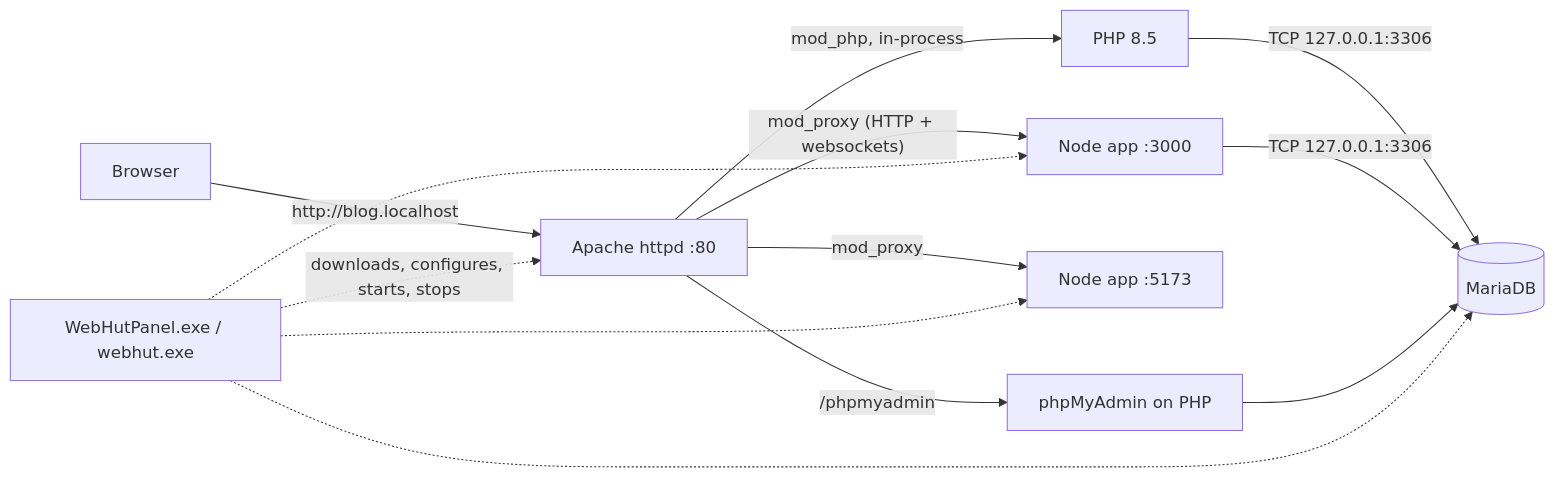
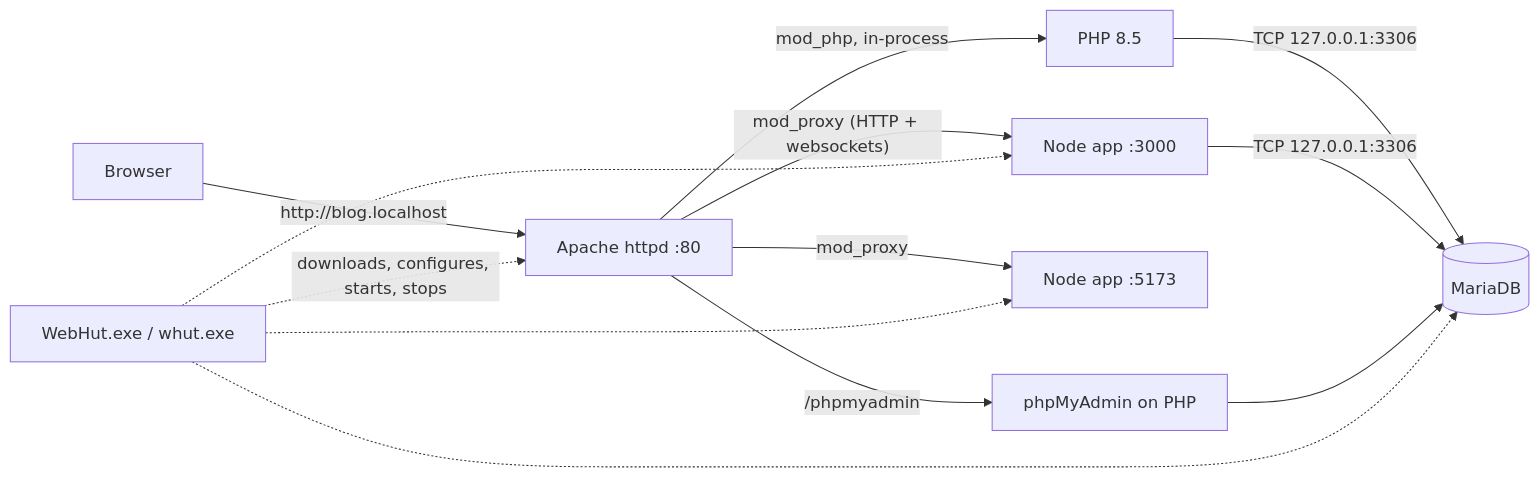
Before and after one commit to hashencoder/kiln: the diagram in docs/01-architecture.md, drawn with Mermaid. The commit also changed other lines of this file and 27 other files, not shown here.

First line of the commit message:
Rename executables: WebHut.exe (panel) and whut.exe (CLI) (1.1.0)

````diff
--- a/docs/01-architecture.md
+++ b/docs/01-architecture.md
@@ -7,15 +7,15 @@
 ```mermaid
 flowchart LR
     B[Browser] -->|"http://blog.localhost"| A[Apache httpd :80]
     A -->|mod_php, in-process| P[PHP 8.5]
     A -->|"mod_proxy (HTTP + websockets)"| N1[Node app :3000]
     A -->|mod_proxy| N2[Node app :5173]
     P -->|TCP 127.0.0.1:3306| M[(MariaDB)]
     N1 -->|TCP 127.0.0.1:3306| M
     A -->|/phpmyadmin| PMA[phpMyAdmin on PHP]
     PMA --> M
-    K[WebHutPanel.exe / webhut.exe] -.downloads, configures, starts, stops.-> A
+    K[WebHut.exe / whut.exe] -.downloads, configures, starts, stops.-> A
     K -.-> M
     K -.-> N1
     K -.-> N2
 ```
````
